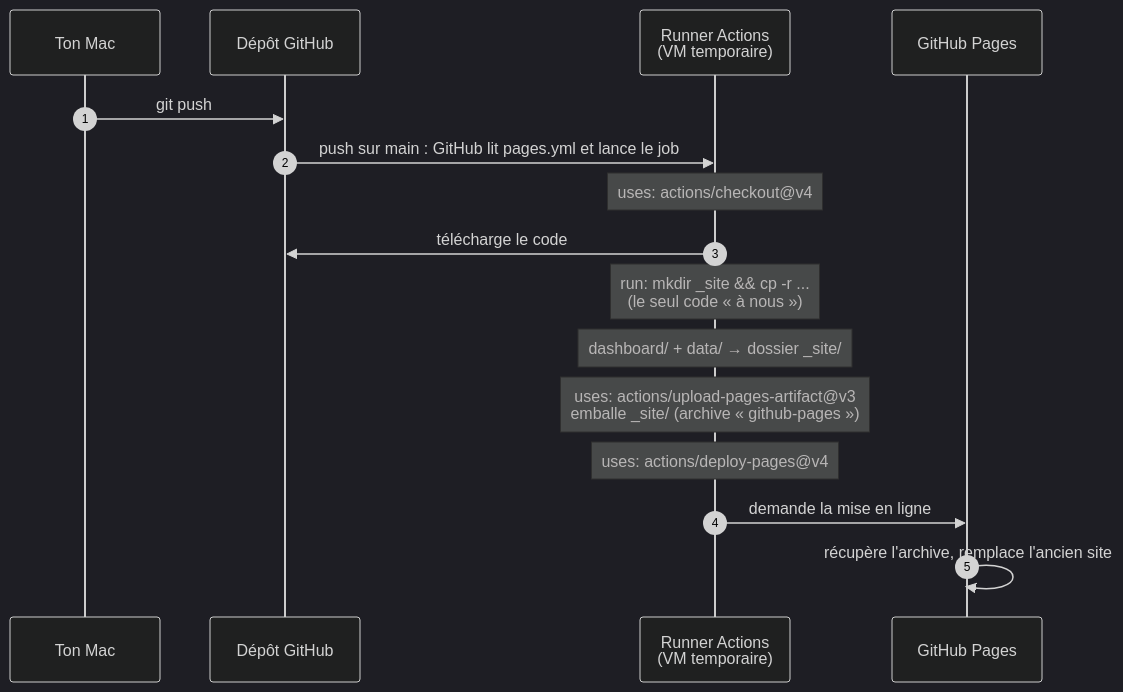
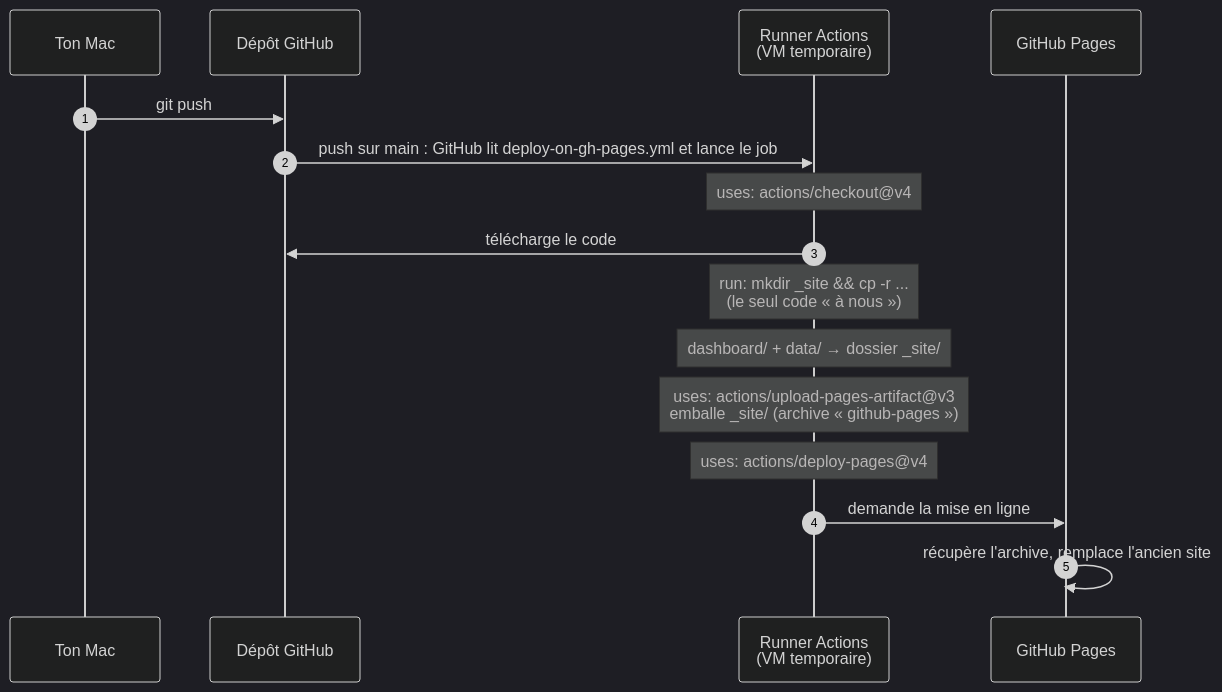
Before and after one commit to ndelucin/rowerboard: the second of 3 diagrams in README.md, drawn with Mermaid (dark theme). The commit also changed other lines of this file and 2 other files, not shown here.

First line of the commit message:
Renomme le workflow pages.yml en deploy-on-gh-pages.yml

````diff
--- a/README.md
+++ b/README.md
@@ -222,19 +222,19 @@
 ```mermaid
 sequenceDiagram
     autonumber
     participant Mac as Ton Mac
     participant Repo as Dépôt GitHub
     participant Run as Runner Actions<br/>(VM temporaire)
     participant Pages as GitHub Pages
 
     Mac->>Repo: git push
-    Repo->>Run: push sur main : GitHub lit pages.yml et lance le job
+    Repo->>Run: push sur main : GitHub lit deploy-on-gh-pages.yml et lance le job
     Note over Run: uses: actions/checkout@v4
     Run->>Repo: télécharge le code
     Note over Run: run: mkdir _site && cp -r ...<br/>(le seul code « à nous »)
     Note over Run: dashboard/ + data/ → dossier _site/
     Note over Run: uses: actions/upload-pages-artifact@v3<br/>emballe _site/ (archive « github-pages »)
     Note over Run: uses: actions/deploy-pages@v4
     Run->>Pages: demande la mise en ligne
     Pages->>Pages: récupère l'archive, remplace l'ancien site
 ```
````
